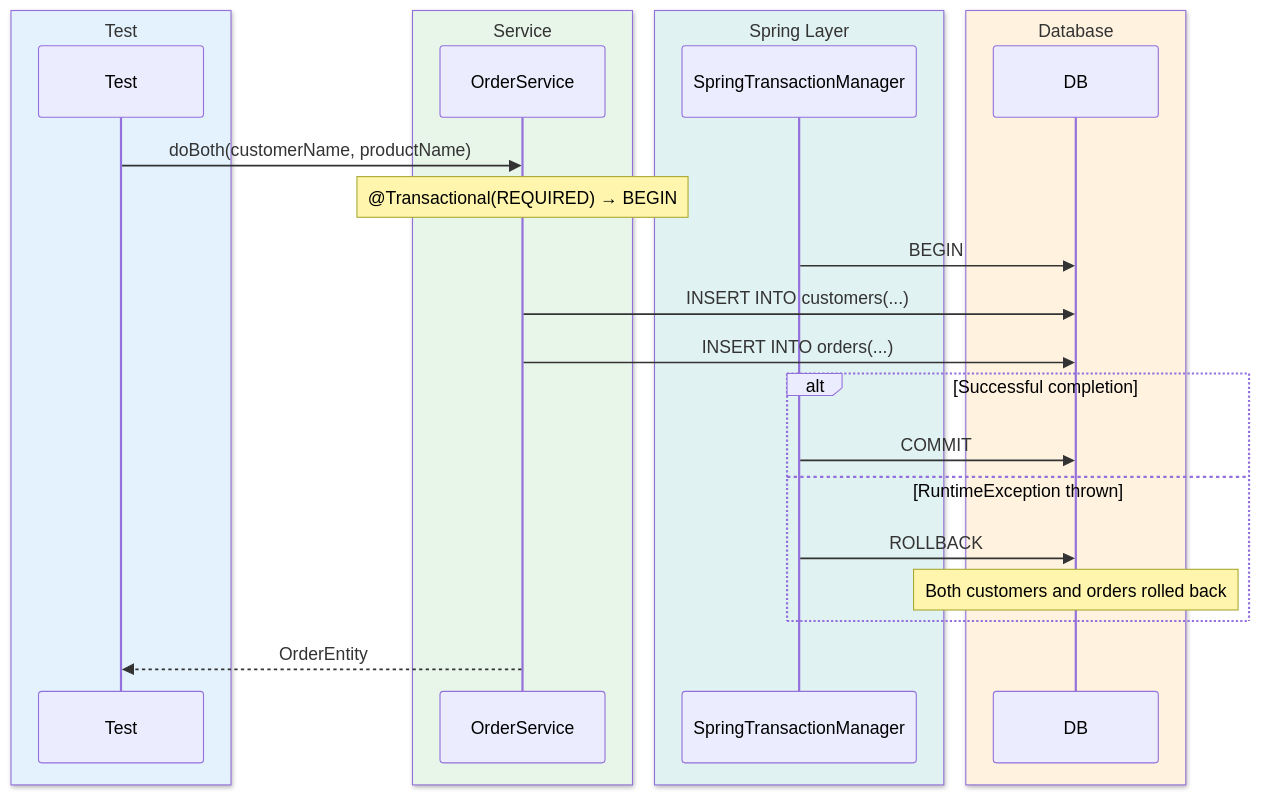
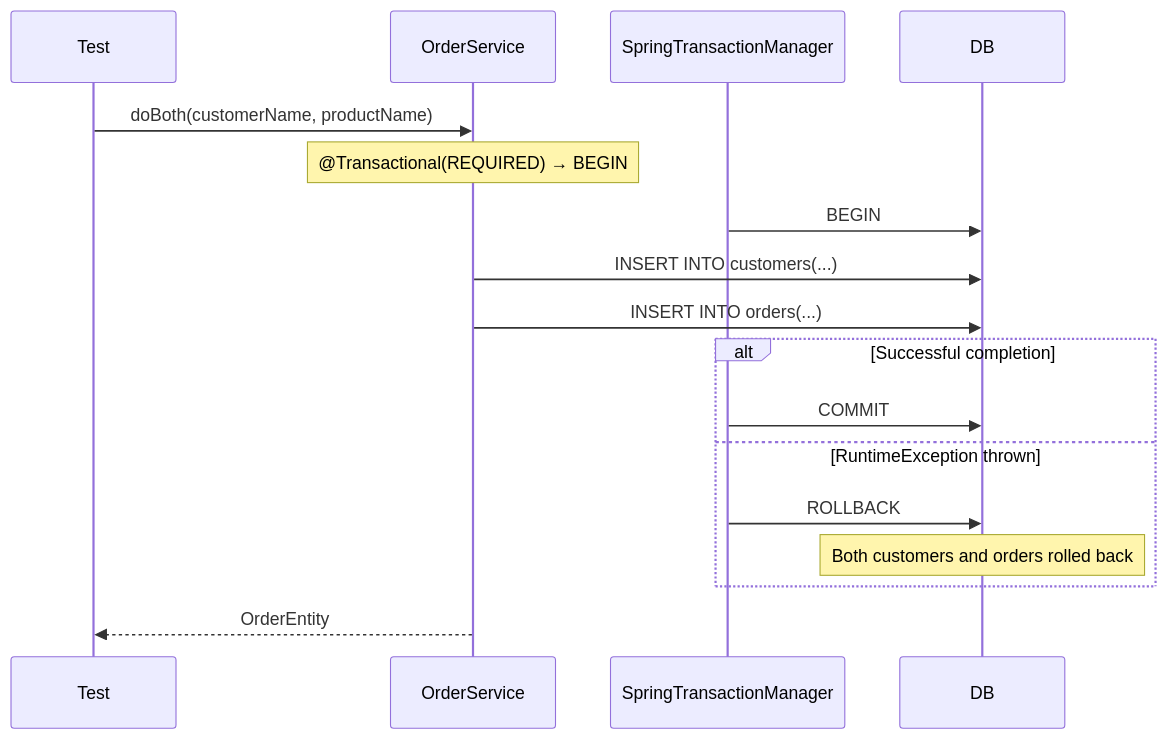
One commit to bluetape4k/exposed-workshop changed the second of 2 diagrams in 09-spring/03-spring-transaction/README.md. Above: the diagram before and after it, drawn with Mermaid. The commit also changed 42 other files, not shown here.

First line of the commit message:
docs: sequence diagram에서 box rgb() 제거 (option 1 - GitHub dark mode 기본 렌더링 사용)

````diff
--- a/09-spring/03-spring-transaction/README.md
+++ b/09-spring/03-spring-transaction/README.md
@@ -159,29 +159,21 @@
 ```mermaid
 %%{init: {"theme": "neutral", "themeVariables": {"fontFamily": "'Comic Mono', 'goorm sans code', 'JetBrains Mono', 'goorm sans'"}}}%%
 sequenceDiagram
-    box rgb(227, 242, 253) Test
-        participant Test
-    end
-    box rgb(232, 245, 233) Service
-        participant OrderService
-    end
-    box rgb(224, 242, 241) Spring Layer
-        participant STM as SpringTransactionManager
-    end
-    box rgb(255, 243, 224) Database
-        participant DB
-    end
+    participant Test
+    participant OrderService
+    participant STM as SpringTransactionManager
+    participant DB
 
     Test->>OrderService: doBoth(customerName, productName)
     Note over OrderService: @Transactional(REQUIRED) → BEGIN
     STM->>DB: BEGIN
     OrderService->>DB: INSERT INTO customers(...)
     OrderService->>DB: INSERT INTO orders(...)
     alt Successful completion
         STM->>DB: COMMIT
     else RuntimeException thrown
         STM->>DB: ROLLBACK
         Note over DB: Both customers and orders rolled back
     end
     OrderService-->>Test: OrderEntity
 ```
````
